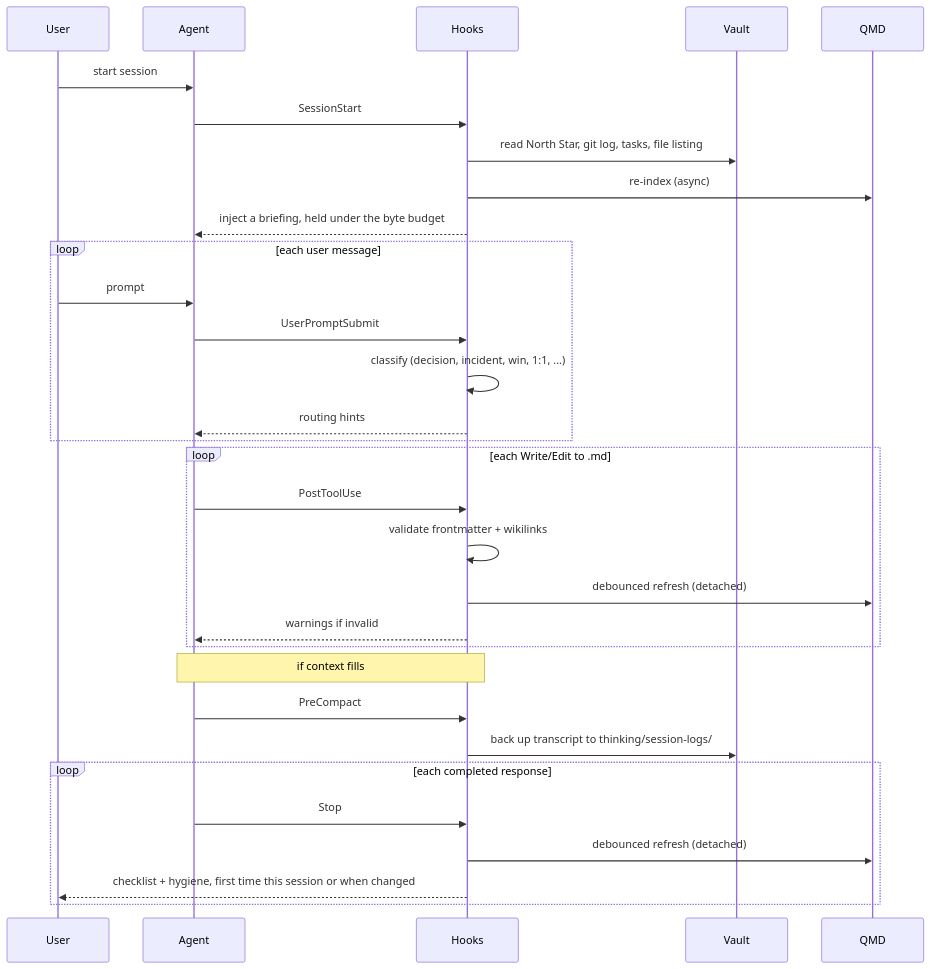
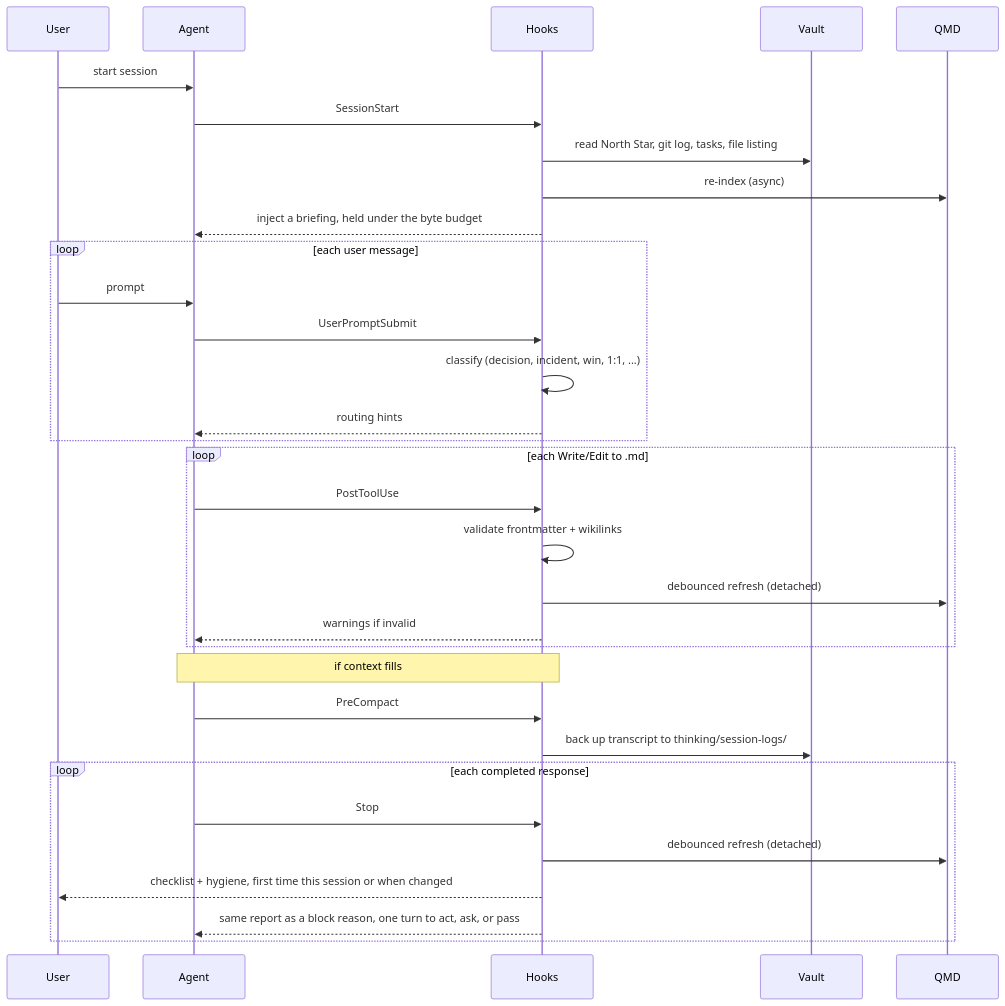
Before and after one commit to breferrari/obsidian-mind: the third of 21 diagrams in ARCHITECTURE.md, drawn with Mermaid. The commit also changed other lines of this file and 1 other file, not shown here.

First line of the commit message:
docs: the architecture notes say the Stop report reaches the agent too

````diff
--- a/ARCHITECTURE.md
+++ b/ARCHITECTURE.md
@@ -162,38 +162,39 @@
 ```mermaid
 sequenceDiagram
     participant User
     participant Agent
     participant Hooks
     participant Vault
     participant QMD
 
     User->>Agent: start session
     Agent->>Hooks: SessionStart
     Hooks->>Vault: read North Star, git log, tasks, file listing
     Hooks->>QMD: re-index (async)
     Hooks-->>Agent: inject a briefing, held under the byte budget
 
     loop each user message
         User->>Agent: prompt
         Agent->>Hooks: UserPromptSubmit
         Hooks->>Hooks: classify (decision, incident, win, 1:1, ...)
         Hooks-->>Agent: routing hints
     end
 
     loop each Write/Edit to .md
         Agent->>Hooks: PostToolUse
         Hooks->>Hooks: validate frontmatter + wikilinks
         Hooks->>QMD: debounced refresh (detached)
         Hooks-->>Agent: warnings if invalid
     end
 
     Note over Agent,Hooks: if context fills
     Agent->>Hooks: PreCompact
     Hooks->>Vault: back up transcript to thinking/session-logs/
 
     loop each completed response
         Agent->>Hooks: Stop
         Hooks->>QMD: debounced refresh (detached)
         Hooks-->>User: checklist + hygiene, first time this session or when changed
+        Hooks-->>Agent: same report as a block reason, one turn to act, ask, or pass
     end
 ```
````
